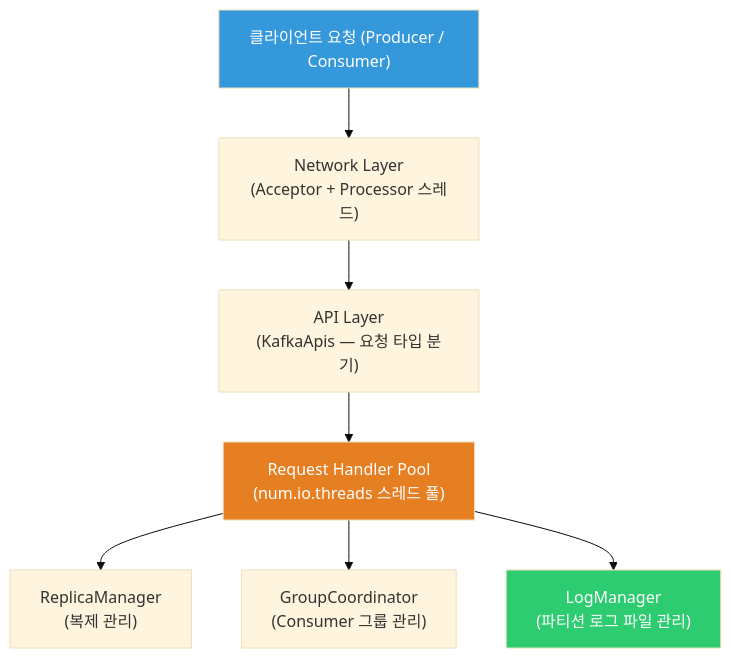
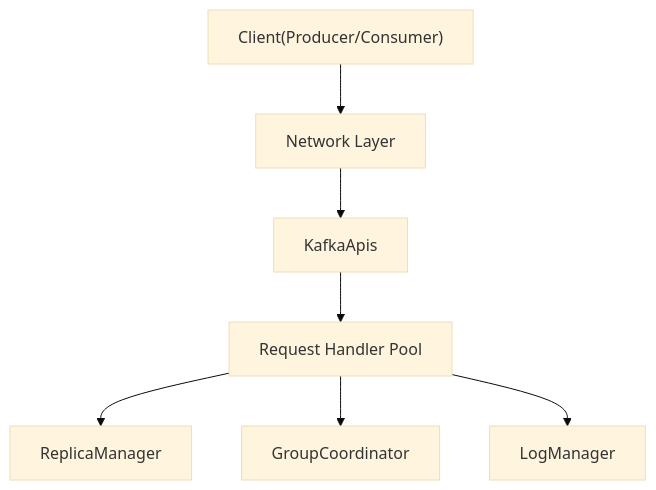
Before and after one commit to yjkim2015/yjkim2015.github.io: the second of 8 diagrams in _posts/kafka/2026-05-01-kafka-broker-deep.md, drawn with Mermaid (base theme). The commit also changed other lines of this file and 215 other files, not shown here.

First line of the commit message:
신규 포스트 10개 추가 + Mermaid 전면 축소 + SystemDesign 시리즈 보강

````diff
--- a/_posts/kafka/2026-05-01-kafka-broker-deep.md
+++ b/_posts/kafka/2026-05-01-kafka-broker-deep.md
@@ -61,19 +47,8 @@
 ```mermaid
 flowchart TD
-    CLIENT["클라이언트 요청 (Producer / Consumer)"]
-    NET["Network Layer\n(Acceptor + Processor 스레드)"]
-    API["API Layer\n(KafkaApis — 요청 타입 분기)"]
-    POOL["Request Handler Pool\n(num.io.threads 스레드 풀)"]
-    RM["ReplicaManager\n(복제 관리)"]
-    GC["GroupCoordinator\n(Consumer 그룹 관리)"]
-    LM["LogManager\n(파티션 로그 파일 관리)"]
-
-    CLIENT --> NET --> API --> POOL
-    POOL --> RM
-    POOL --> GC
-    POOL --> LM
-
-    style CLIENT fill:#3498db,color:#fff
-    style POOL fill:#e67e22,color:#fff
-    style LM fill:#2ecc71,color:#fff
+    CLIENT["Client(Producer/Consumer)"] --> NET["Network Layer"]
+    NET --> API["KafkaApis"] --> POOL["Request Handler Pool"]
+    POOL --> RM["ReplicaManager"]
+    POOL --> GC["GroupCoordinator"]
+    POOL --> LM["LogManager"]
 ```
````
